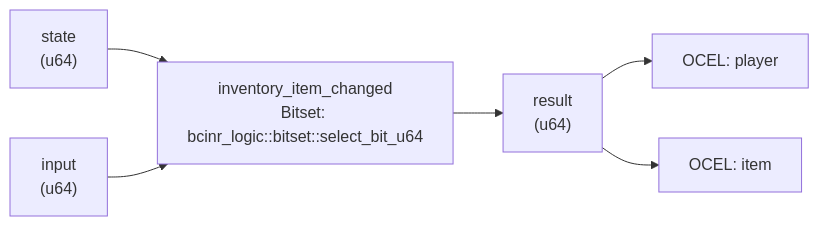
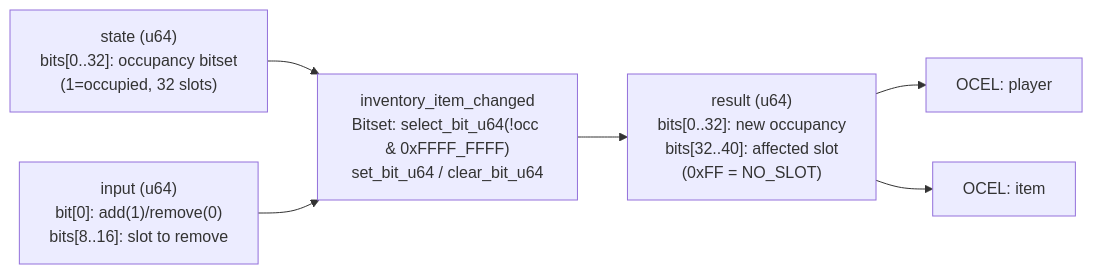
Before and after one commit to seanchatmangpt/bcinr: the diagram in crates/wasm4games/docs/patterns/inventory_item_changed.md, drawn with Mermaid. The commit also changed other lines of this file and 20 other files, not shown here.

````diff
--- a/crates/wasm4games/docs/patterns/inventory_item_changed.md
+++ b/crates/wasm4games/docs/patterns/inventory_item_changed.md
@@ -56,14 +36,14 @@
 ```mermaid
 graph LR
-    state["state\n(u64)"]
-    input["input\n(u64)"]
-    kernel["inventory_item_changed\nBitset: bcinr_logic::bitset::select_bit_u64"]
-    result["result\n(u64)"]
+    state["state (u64)\nbits[0..32]: occupancy bitset\n(1=occupied, 32 slots)"]
+    input["input (u64)\nbit[0]: add(1)/remove(0)\nbits[8..16]: slot to remove"]
+    kernel["inventory_item_changed\nBitset: select_bit_u64(!occ & 0xFFFF_FFFF)\nset_bit_u64 / clear_bit_u64"]
+    result["result (u64)\nbits[0..32]: new occupancy\nbits[32..40]: affected slot\n(0xFF = NO_SLOT)"]
     state --> kernel
     input --> kernel
     kernel --> result
     ocel_0["OCEL: player"]
     result --> ocel_0
     ocel_1["OCEL: item"]
     result --> ocel_1
 ```
````
